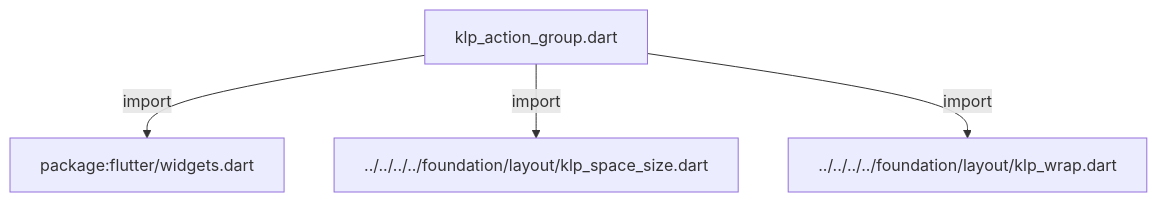
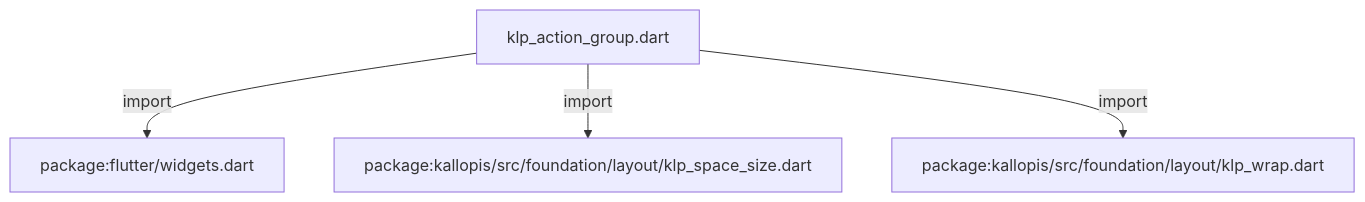
Before and after one commit to MiuDog/Kallopis: the first of 3 diagrams in docs/architecture/src/features/navigation/widgets/controls/klp_action_group.md, drawn with Mermaid. The commit also changed other lines of this file and 9688 other files, not shown here.

Commit message:
Prepare isolated Flow F2 peer baseline

````diff
--- a/docs/architecture/src/features/navigation/widgets/controls/klp_action_group.md
+++ b/docs/architecture/src/features/navigation/widgets/controls/klp_action_group.md
@@ -11,10 +11,10 @@
 ```mermaid
 flowchart TD
 	n0["klp_action_group.dart"]
 	n1["package:flutter/widgets.dart"]
-	n2["../../../../foundation/layout/klp_space_size.dart"]
-	n3["../../../../foundation/layout/klp_wrap.dart"]
+	n2["package:kallopis/src/foundation/layout/klp_space_size.dart"]
+	n3["package:kallopis/src/foundation/layout/klp_wrap.dart"]
 	n0 -->|"import"| n1
 	n0 -->|"import"| n2
 	n0 -->|"import"| n3
 ```
````
